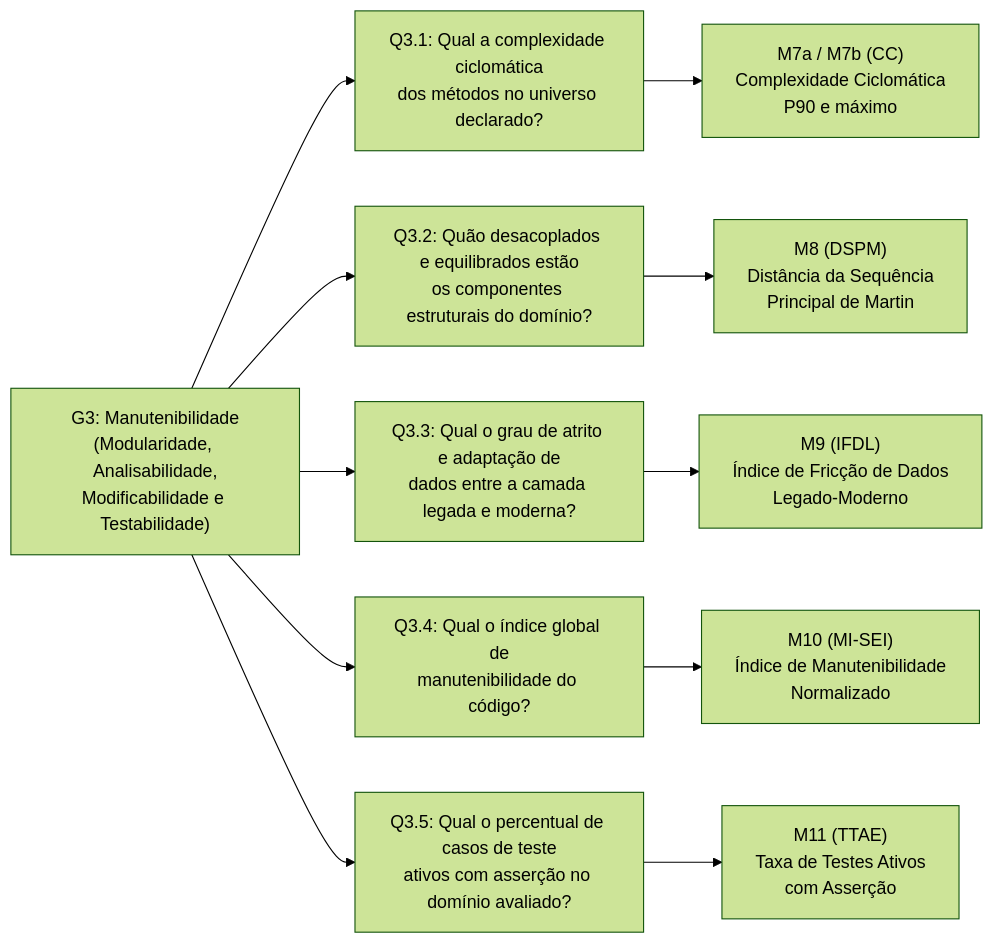
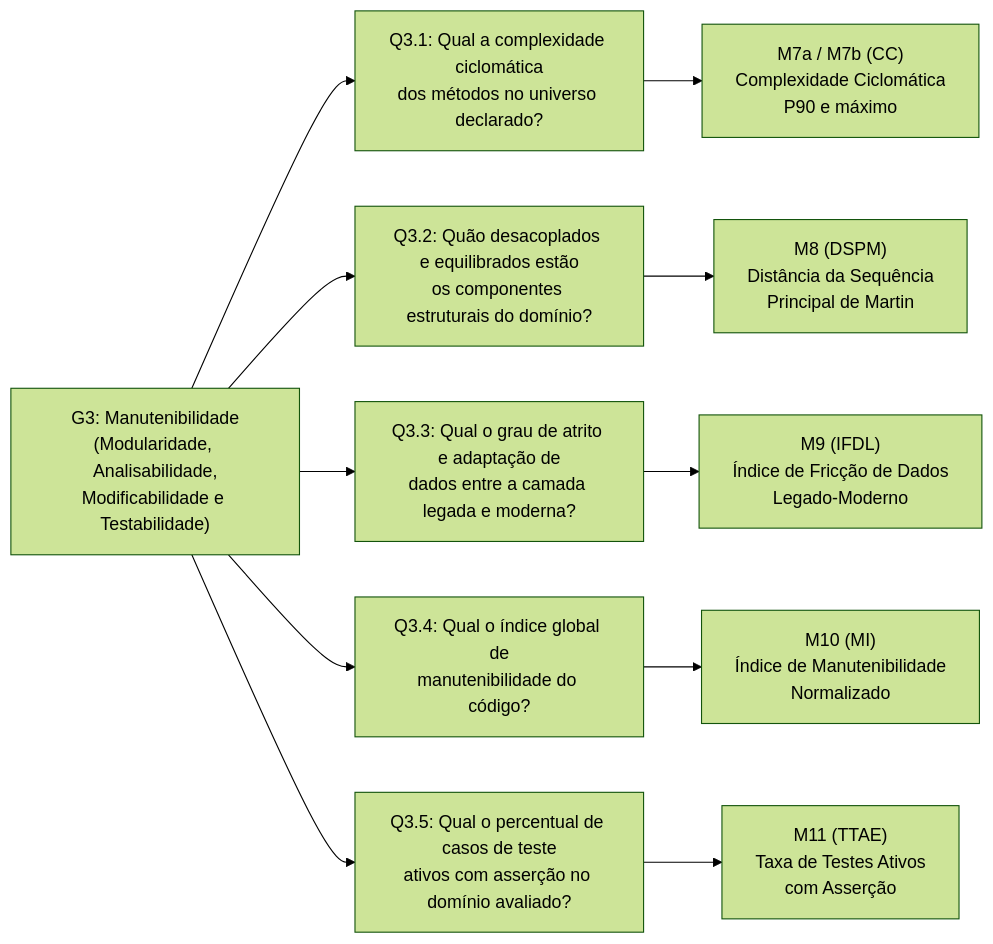
The fourth of 5 diagrams in docs/gqm_evaluation_framework.md (FCTE-Qualidade-de-Software-1/2026-2_T02_GRACE_HOPPER), drawn with Mermaid (forest theme) before and after one commit. The commit also changed other lines of this file and 1 other file, not shown here.

````diff
--- a/docs/gqm_evaluation_framework.md
+++ b/docs/gqm_evaluation_framework.md
@@ -198,22 +198,22 @@
 ```mermaid
 flowchart LR
     G3["G3: Manutenibilidade<br/>(Modularidade, Analisabilidade,<br/>Modificabilidade e Testabilidade)"]
 
     Q31["Q3.1: Qual a complexidade ciclomática<br/>dos métodos no universo declarado?"]
     Q32["Q3.2: Quão desacoplados e equilibrados estão<br/>os componentes estruturais do domínio?"]
     Q33["Q3.3: Qual o grau de atrito e adaptação de<br/>dados entre a camada legada e moderna?"]
     Q34["Q3.4: Qual o índice global de<br/>manutenibilidade do código?"]
     Q35["Q3.5: Qual o percentual de casos de teste<br/>ativos com asserção no domínio avaliado?"]
 
-    M7["M7a / M7b (CC)<br/>Complexidade Ciclomática<br/>P90 e máximo"]
+    M7a_M7b["M7a / M7b (CC)<br/>Complexidade Ciclomática<br/>P90 e máximo"]
     M8["M8 (DSPM)<br/>Distância da Sequência<br/>Principal de Martin"]
     M9["M9 (IFDL)<br/>Índice de Fricção de Dados<br/>Legado-Moderno"]
-    M10["M10 (MI-SEI)<br/>Índice de Manutenibilidade<br/>Normalizado"]
+    M10["M10 (MI)<br/>Índice de Manutenibilidade<br/>Normalizado"]
     M11["M11 (TTAE)<br/>Taxa de Testes Ativos<br/>com Asserção"]
 
-    G3 --> Q31 --> M7
+    G3 --> Q31 --> M7a_M7b
     G3 --> Q32 --> M8
     G3 --> Q33 --> M9
     G3 --> Q34 --> M10
     G3 --> Q35 --> M11
 ```
````
